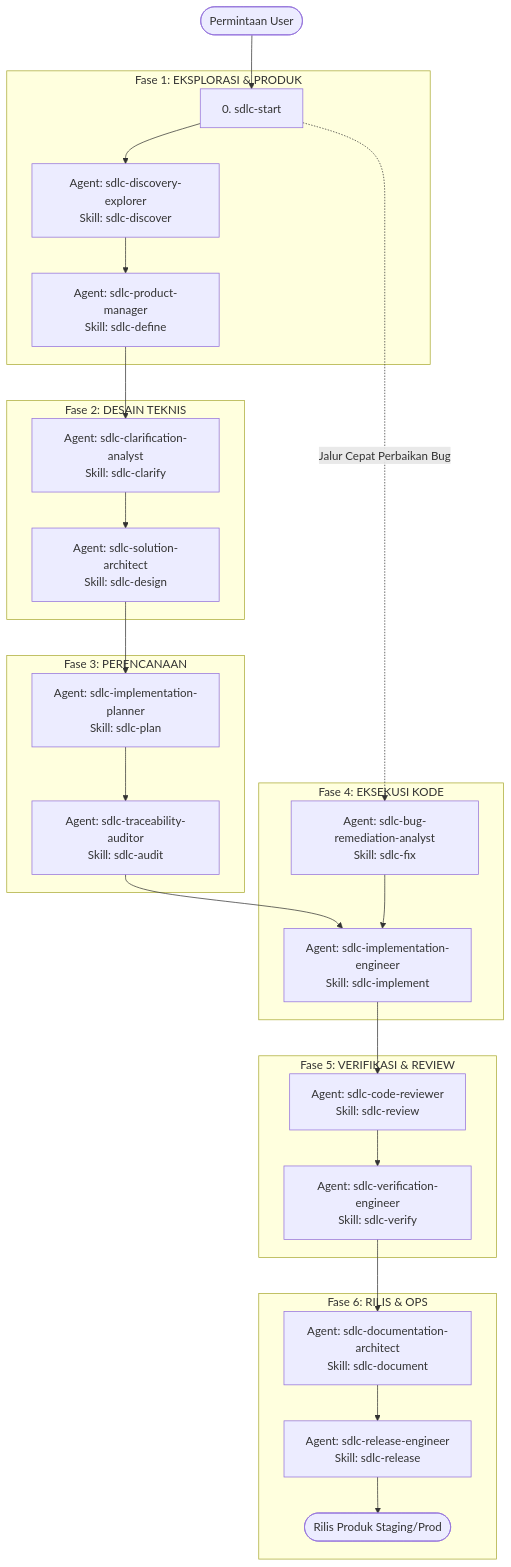
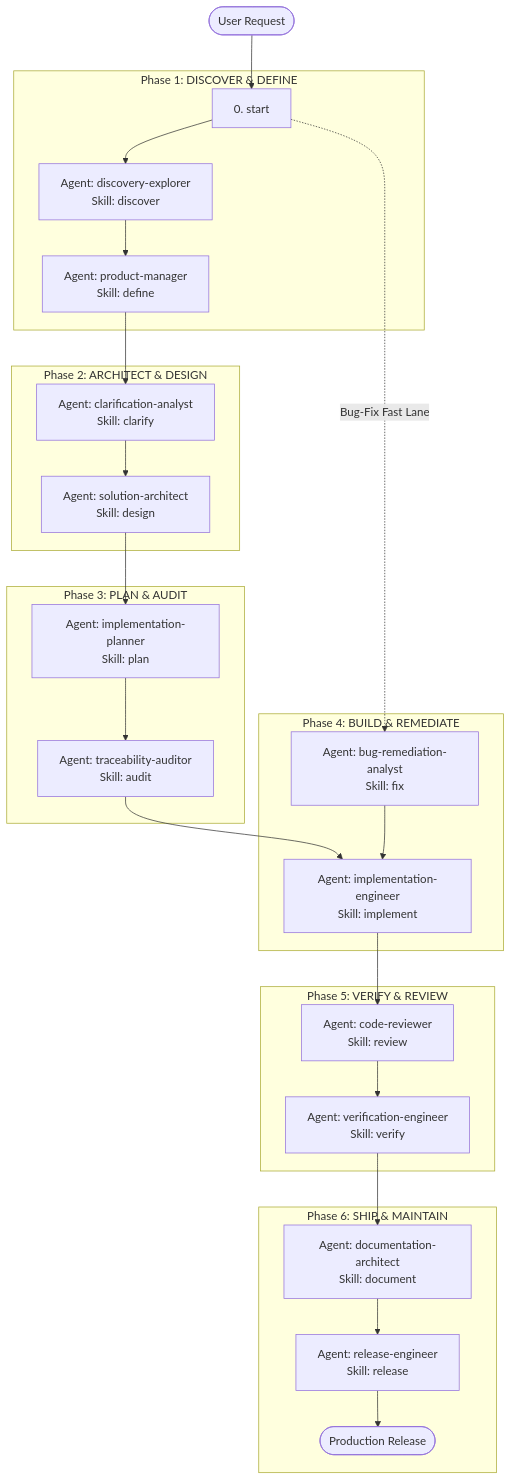
Before and after one commit to coderbuzz/agent-toolkit: the diagram in README.id.md, drawn with Mermaid. The commit also changed other lines of this file and 827 other files, not shown here.

````diff
--- a/README.id.md
+++ b/README.id.md
@@ -130,36 +130,36 @@
 ```mermaid
 flowchart TD
-    Start([Permintaan User]) --> Router["0. sdlc-start"]
+    Start([User Request]) --> Router["0. start"]
     
-    subgraph Fase 1: EKSPLORASI & PRODUK
-        Router --> Explorer["Agent: sdlc-discovery-explorer\nSkill: sdlc-discover"]
-        Explorer --> PM["Agent: sdlc-product-manager\nSkill: sdlc-define"]
+    subgraph Phase 1: DISCOVER & DEFINE
+        Router --> Explorer["Agent: discovery-explorer\nSkill: discover"]
+        Explorer --> PM["Agent: product-manager\nSkill: define"]
     end
     
-    subgraph Fase 2: DESAIN TEKNIS
-        PM --> Clarify["Agent: sdlc-clarification-analyst\nSkill: sdlc-clarify"]
-        Clarify --> Architect["Agent: sdlc-solution-architect\nSkill: sdlc-design"]
+    subgraph Phase 2: ARCHITECT & DESIGN
+        PM --> Clarify["Agent: clarification-analyst\nSkill: clarify"]
+        Clarify --> Architect["Agent: solution-architect\nSkill: design"]
     end
     
-    subgraph Fase 3: PERENCANAAN
-        Architect --> Planner["Agent: sdlc-implementation-planner\nSkill: sdlc-plan"]
-        Planner --> Auditor["Agent: sdlc-traceability-auditor\nSkill: sdlc-audit"]
+    subgraph Phase 3: PLAN & AUDIT
+        Architect --> Planner["Agent: implementation-planner\nSkill: plan"]
+        Planner --> Auditor["Agent: traceability-auditor\nSkill: audit"]
     end
     
-    subgraph Fase 4: EKSEKUSI KODE
-        Auditor --> Engineer["Agent: sdlc-implementation-engineer\nSkill: sdlc-implement"]
-        Router -. Jalur Cepat Perbaikan Bug .-> BugAnalyst["Agent: sdlc-bug-remediation-analyst\nSkill: sdlc-fix"]
+    subgraph Phase 4: BUILD & REMEDIATE
+        Auditor --> Engineer["Agent: implementation-engineer\nSkill: implement"]
+        Router -. Bug-Fix Fast Lane .-> BugAnalyst["Agent: bug-remediation-analyst\nSkill: fix"]
         BugAnalyst --> Engineer
     end
     
-    subgraph Fase 5: VERIFIKASI & REVIEW
-        Engineer --> Reviewer["Agent: sdlc-code-reviewer\nSkill: sdlc-review"]
-        Reviewer --> Verifier["Agent: sdlc-verification-engineer\nSkill: sdlc-verify"]
+    subgraph Phase 5: VERIFY & REVIEW
+        Engineer --> Reviewer["Agent: code-reviewer\nSkill: review"]
+        Reviewer --> Verifier["Agent: verification-engineer\nSkill: verify"]
     end
     
-    subgraph Fase 6: RILIS & OPS
-        Verifier --> DocArch["Agent: sdlc-documentation-architect\nSkill: sdlc-document"]
-        DocArch --> ReleaseEng["Agent: sdlc-release-engineer\nSkill: sdlc-release"]
-        ReleaseEng --> Done([Rilis Produk Staging/Prod])
+    subgraph Phase 6: SHIP & MAINTAIN
+        Verifier --> DocArch["Agent: documentation-architect\nSkill: document"]
+        DocArch --> ReleaseEng["Agent: release-engineer\nSkill: release"]
+        ReleaseEng --> Done([Production Release])
     end
 ```
````
